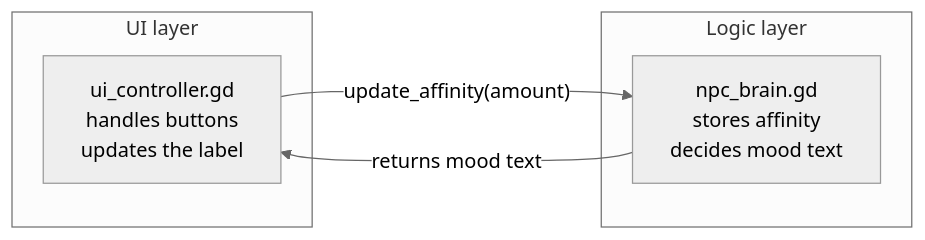
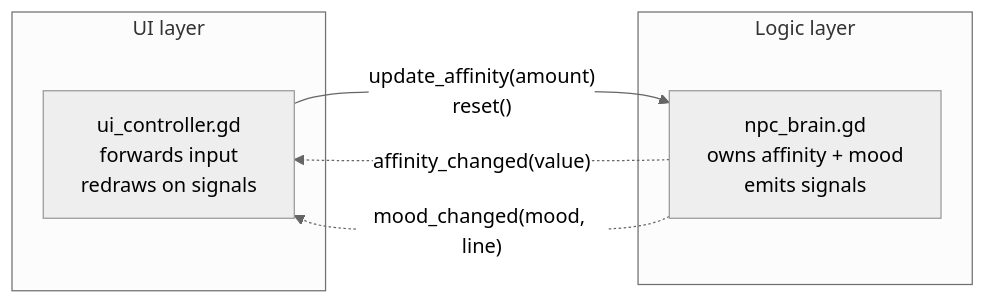
Before and after one commit to JoshuaOmosa/NeuroDialogue: the second of 5 diagrams in README.md, drawn with Mermaid (neutral theme). The commit also changed other lines of this file and 4 other files, not shown here.

First line of the commit message:
feat: explicit Mood state machine with signals, affinity bar, reset

````diff
--- a/README.md
+++ b/README.md
@@ -68,11 +70,12 @@
 ```mermaid
 flowchart LR
     subgraph UI["UI layer"]
-        C["ui_controller.gd<br/>handles buttons<br/>updates the label"]
+        C["ui_controller.gd<br/>forwards input<br/>redraws on signals"]
     end
     subgraph Logic["Logic layer"]
-        B["npc_brain.gd<br/>stores affinity<br/>decides mood text"]
+        B["npc_brain.gd<br/>owns affinity + mood<br/>emits signals"]
     end
-    C -->|"update_affinity(amount)"| B
-    B -->|"returns mood text"| C
+    C -->|"update_affinity(amount)<br/>reset()"| B
+    B -.->|"affinity_changed(value)"| C
+    B -.->|"mood_changed(mood, line)"| C
 ```
````
